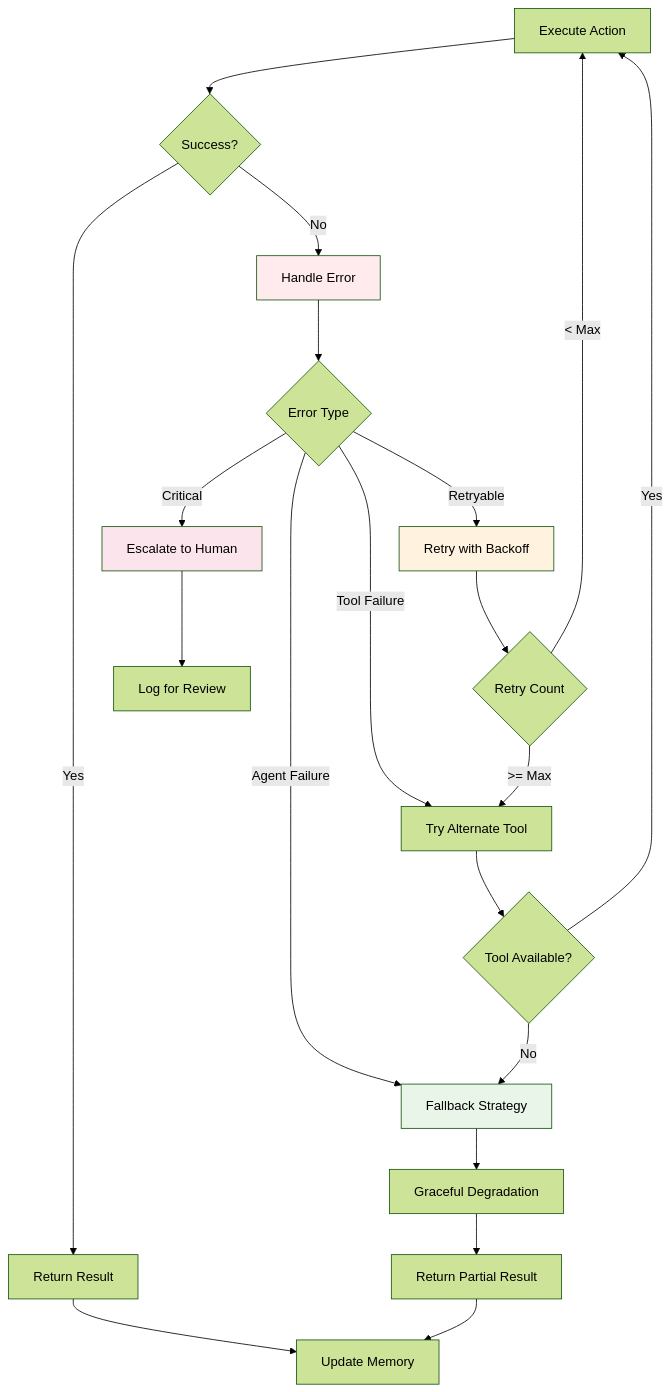
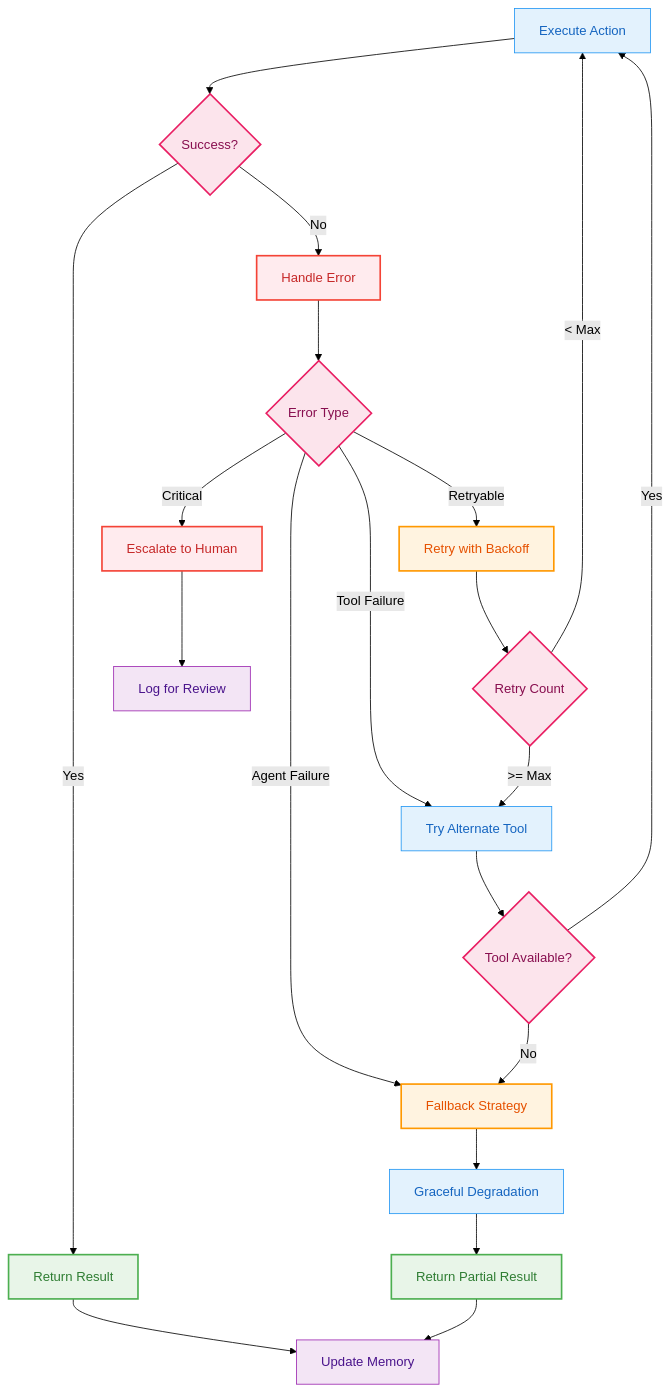
Before and after one commit to jupyter-naas/docs: the third of 3 diagrams in site/docs/scale/architecture/langgraph-foundation.md, drawn with Mermaid (forest theme). The commit also changed other lines of this file and 4 other files, not shown here.

First line of the commit message:
feat: Implement consistent Mermaid styling across all architecture diagrams

````diff
--- a/site/docs/scale/architecture/langgraph-foundation.md
+++ b/site/docs/scale/architecture/langgraph-foundation.md
@@ -214,32 +231,41 @@
 ```mermaid
 graph TD
     EXEC[Execute Action] --> CHECK{Success?}
     CHECK -->|Yes| SUCCESS[Return Result]
     CHECK -->|No| ERROR[Handle Error]
     
     ERROR --> TYPE{Error Type}
     TYPE -->|Retryable| RETRY[Retry with Backoff]
     TYPE -->|Tool Failure| ALTERNATE[Try Alternate Tool]
     TYPE -->|Agent Failure| FALLBACK[Fallback Strategy]
     TYPE -->|Critical| ESCALATE[Escalate to Human]
     
     RETRY --> COUNT{Retry Count}
     COUNT -->|< Max| EXEC
     COUNT -->|>= Max| ALTERNATE
     
     ALTERNATE --> AVAILABLE{Tool Available?}
     AVAILABLE -->|Yes| EXEC
     AVAILABLE -->|No| FALLBACK
     
     FALLBACK --> DEGRADE[Graceful Degradation]
     DEGRADE --> PARTIAL[Return Partial Result]
     
     SUCCESS --> MEMORY[Update Memory]
     PARTIAL --> MEMORY
     ESCALATE --> LOG[Log for Review]
     
-    style ERROR fill:#ffebee
-    style RETRY fill:#fff3e0
-    style FALLBACK fill:#e8f5e8
-    style ESCALATE fill:#fce4ec
+    classDef userExp fill:#e8f5e8,stroke:#4caf50,stroke-width:2px,color:#2e7d32
+    classDef platform fill:#e3f2fd,stroke:#2196f3,stroke-width:1px,color:#1565c0
+    classDef aiEngine fill:#fff3e0,stroke:#ff9800,stroke-width:2px,color:#e65100
+    classDef dataLayer fill:#f3e5f5,stroke:#9c27b0,stroke-width:1px,color:#4a148c
+    classDef errorState fill:#ffebee,stroke:#f44336,stroke-width:2px,color:#c62828
+    classDef decision fill:#fce4ec,stroke:#e91e63,stroke-width:2px,color:#880e4f
+    
+    class SUCCESS,PARTIAL userExp
+    class EXEC,ALTERNATE,DEGRADE platform
+    class CHECK,TYPE,COUNT,AVAILABLE decision
+    class RETRY,FALLBACK aiEngine
+    class MEMORY,LOG dataLayer
+    class ERROR,ESCALATE errorState
 ```
````
